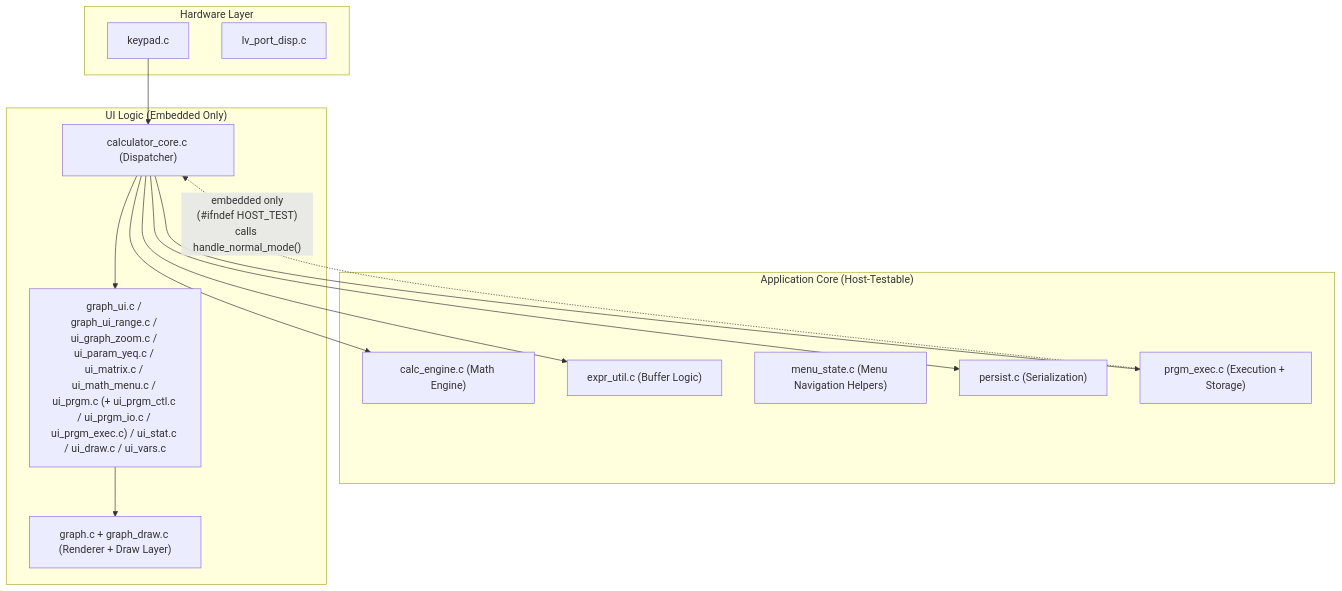
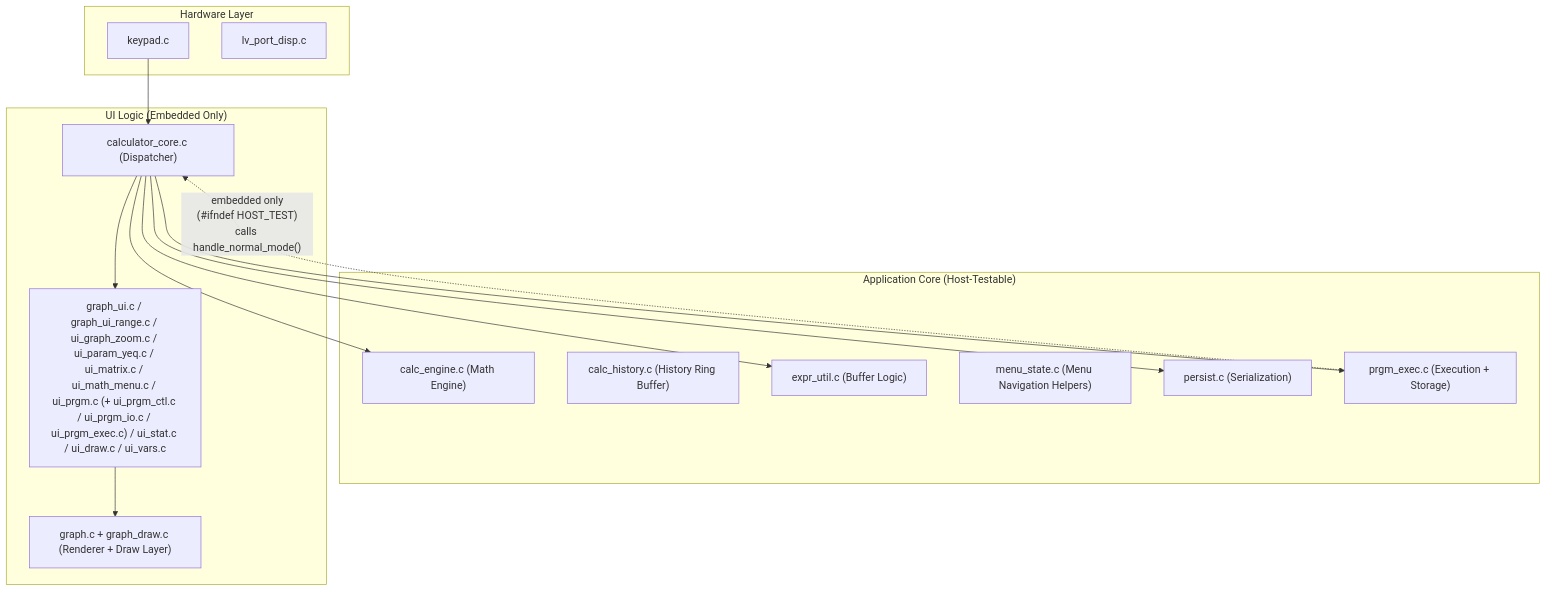
The second of 2 diagrams in docs/ARCHITECTURE.md (mndxc/STM32F429-TI81-Calculator), drawn with Mermaid before and after one commit. The commit also changed 33 other files, not shown here.

````diff
--- a/docs/ARCHITECTURE.md
+++ b/docs/ARCHITECTURE.md
@@ -47,30 +47,31 @@
 ```mermaid
 graph TD
     subgraph "Hardware Layer"
         HW_K["keypad.c"]
         HW_D["lv_port_disp.c"]
     end
 
     subgraph "Application Core (Host-Testable)"
         CE["calc_engine.c (Math Engine)"]
+        CH["calc_history.c (History Ring Buffer)"]
         EU["expr_util.c (Buffer Logic)"]
         MS["menu_state.c (Menu Navigation Helpers)"]
         PE["persist.c (Serialization)"]
         PRE["prgm_exec.c (Execution + Storage)"]
     end
 
     subgraph "UI Logic (Embedded Only)"
         CC["calculator_core.c (Dispatcher)"]
         GUI["graph_ui.c / graph_ui_range.c / ui_graph_zoom.c / ui_param_yeq.c / ui_matrix.c / ui_math_menu.c / ui_prgm.c (+ ui_prgm_ctl.c / ui_prgm_io.c / ui_prgm_exec.c) / ui_stat.c / ui_draw.c / ui_vars.c"]
         G["graph.c + graph_draw.c (Renderer + Draw Layer)"]
     end
 
     HW_K --> CC
     CC --> GUI
     CC --> CE
     CC --> EU
     CC --> PE
     CC --> PRE
     GUI --> G
     PRE -. "embedded only\n(#ifndef HOST_TEST)\ncalls handle_normal_mode()" .-> CC
 ```
````
